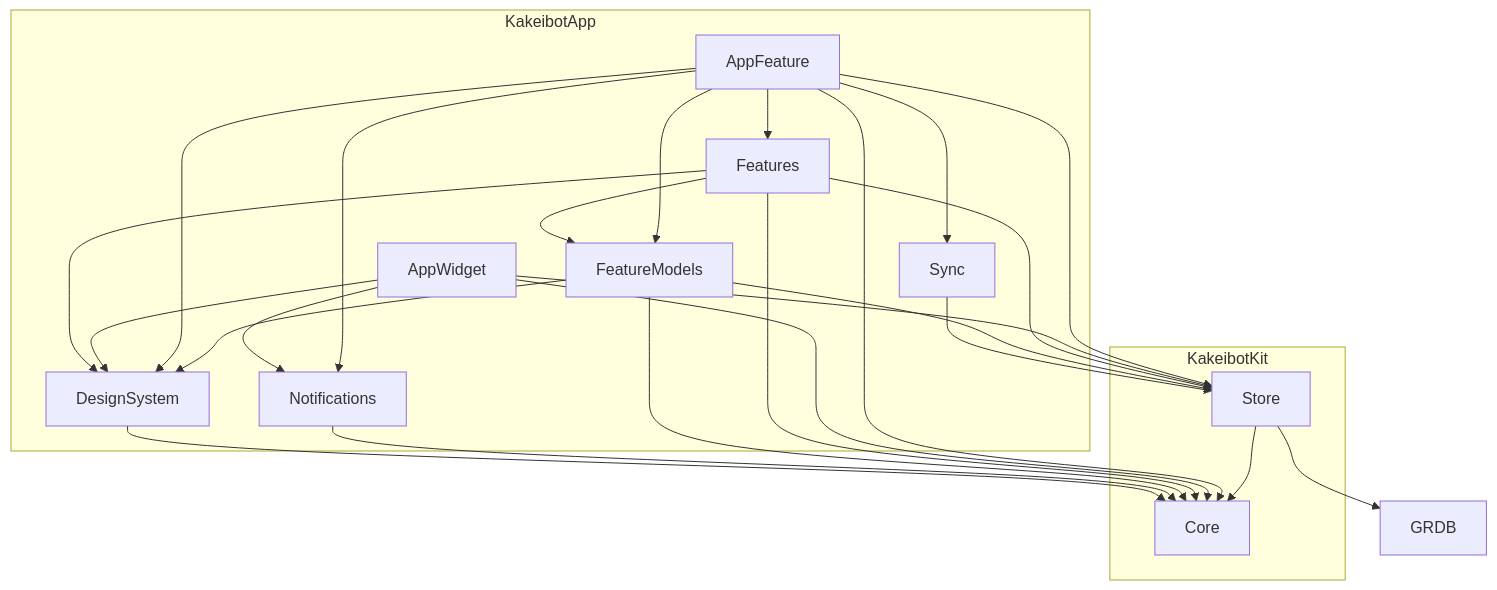
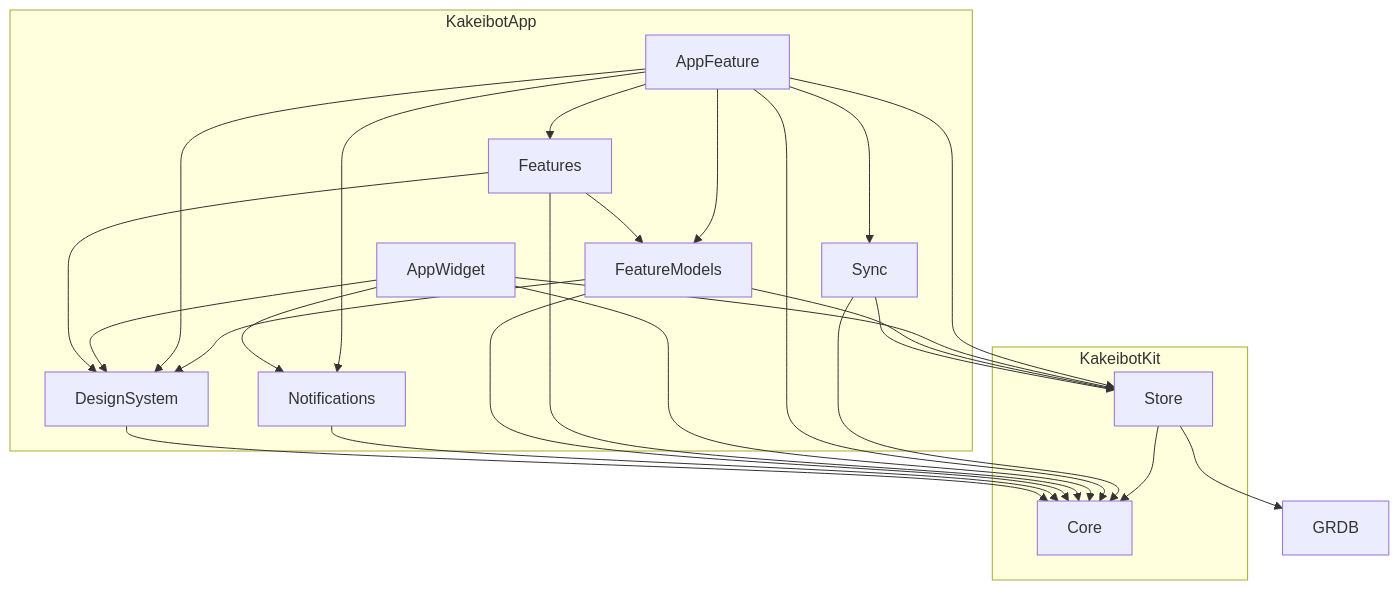
The diagram in docs/architecture-packages.md (yossibank/kakeibot), drawn with Mermaid before and after one commit. The commit also changed other lines of this file and 303 other files, not shown here.

````diff
--- a/docs/architecture-packages.md
+++ b/docs/architecture-packages.md
@@ -21,30 +25,30 @@
 ```mermaid
 flowchart TD
     subgraph app["KakeibotApp"]
         AppFeature --> Features
         AppFeature --> FeatureModels
         Features --> FeatureModels
         FeatureModels --> DesignSystem
         AppFeature --> Notifications
         AppFeature --> Sync
         AppFeature --> DesignSystem
         AppWidget --> Notifications
         AppWidget --> DesignSystem
         Features --> DesignSystem
     end
     subgraph kit["KakeibotKit"]
         Store --> Core
     end
     AppFeature --> Store
     AppWidget --> Store
-    Features --> Store
     FeatureModels --> Store
     Sync --> Store
+    Sync --> Core
     AppFeature --> Core
     AppWidget --> Core
     Features --> Core
     FeatureModels --> Core
     Notifications --> Core
     DesignSystem --> Core
     Store --> GRDB
 ```
````
